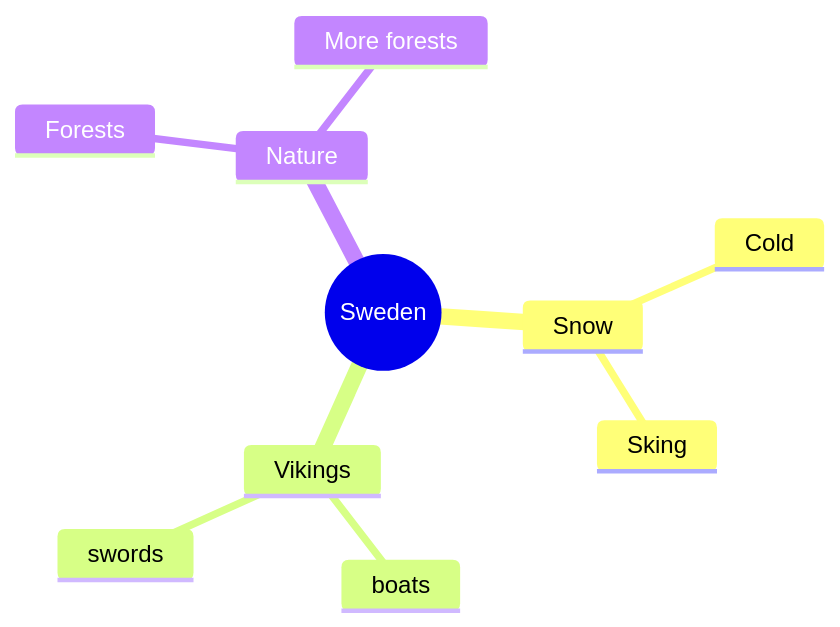
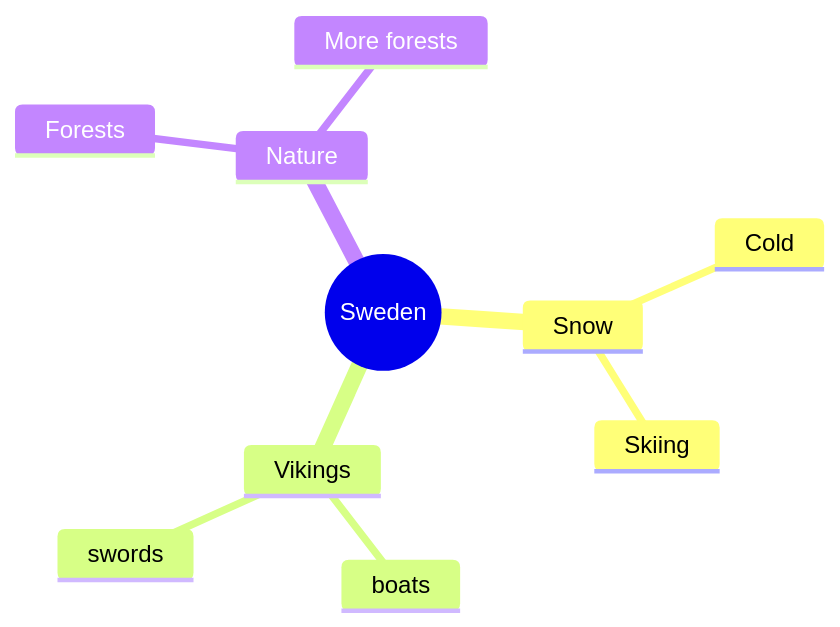
The second of 2 diagrams in docs/sessions/first_experience.md (richelbilderbeek/lesson_mermaid), drawn with Mermaid before and after one commit.

````diff
--- a/docs/sessions/first_experience.md
+++ b/docs/sessions/first_experience.md
@@ -52,13 +52,13 @@
 ```mermaid
 mindmap
   root((Sweden))
     Snow
       Cold
-      Sking
+      Skiing
     Vikings
       boats
       swords
     Nature
       Forests
       More forests
 ```
````
